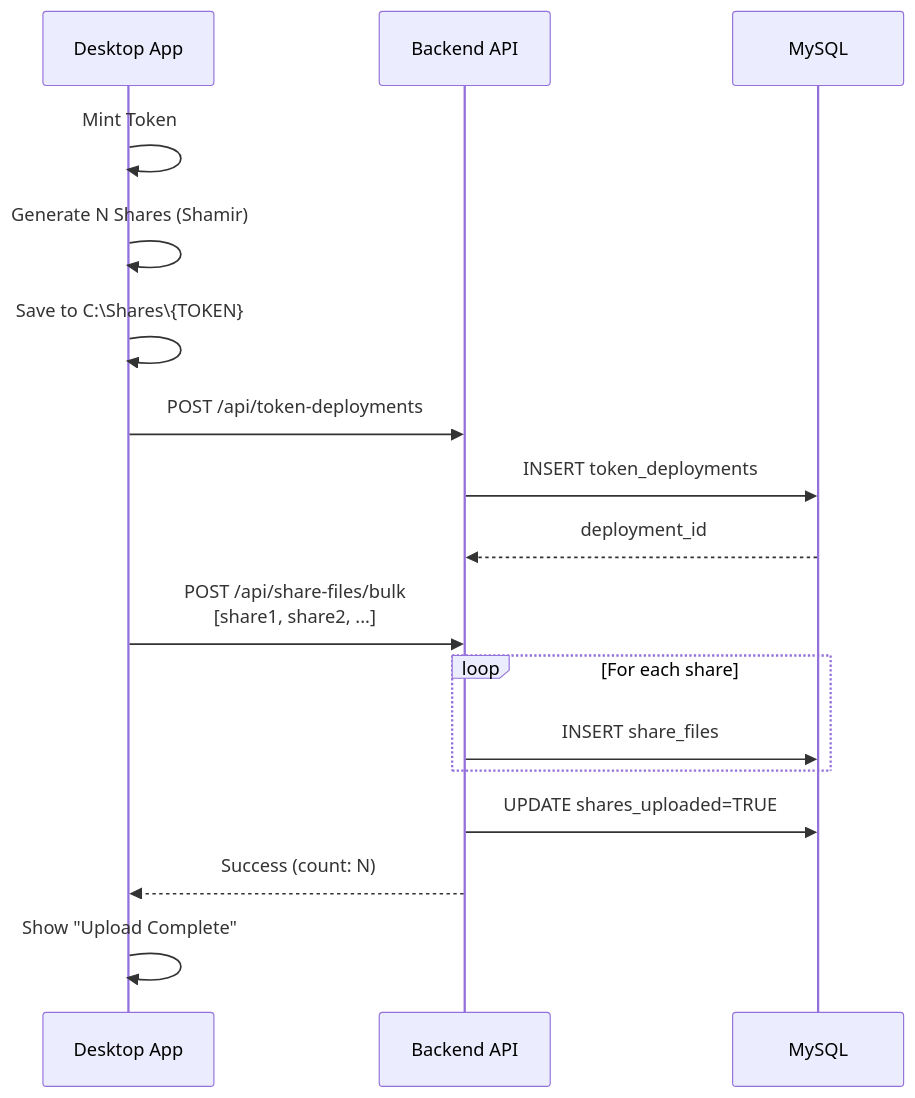
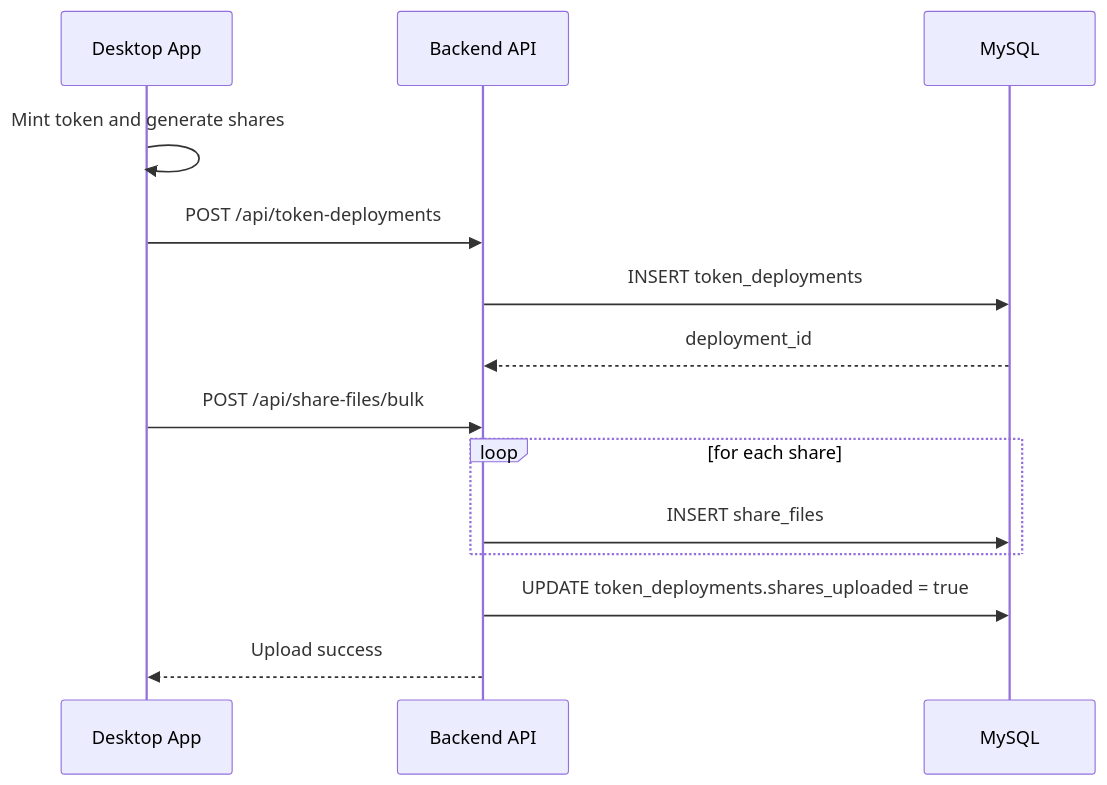
The second of 5 diagrams in SHARE-MANAGEMENT-FLOW-FULL-IMPLEMENTATION.md (commentors-net/Aegis-Mint), drawn with Mermaid before and after one commit. The commit also changed other lines of this file and 5 other files, not shown here.

````diff
--- a/SHARE-MANAGEMENT-FLOW-FULL-IMPLEMENTATION.md
+++ b/SHARE-MANAGEMENT-FLOW-FULL-IMPLEMENTATION.md
@@ -154,23 +93,18 @@
 ```mermaid
 sequenceDiagram
     participant Desktop as Desktop App
     participant API as Backend API
     participant DB as MySQL
     
-    Desktop->>Desktop: Mint Token
-    Desktop->>Desktop: Generate N Shares (Shamir)
-    Desktop->>Desktop: Save to C:\Shares\{TOKEN}
-    
+    Desktop->>Desktop: Mint token and generate shares
     Desktop->>API: POST /api/token-deployments
     API->>DB: INSERT token_deployments
     DB-->>API: deployment_id
     
-    Desktop->>API: POST /api/share-files/bulk<br/>[share1, share2, ...]
-    loop For each share
+    Desktop->>API: POST /api/share-files/bulk
+    loop for each share
         API->>DB: INSERT share_files
     end
-    API->>DB: UPDATE shares_uploaded=TRUE
-    API-->>Desktop: Success (count: N)
-    
-    Desktop->>Desktop: Show "Upload Complete"
+    API->>DB: UPDATE token_deployments.shares_uploaded = true
+    API-->>Desktop: Upload success
 ```
````
